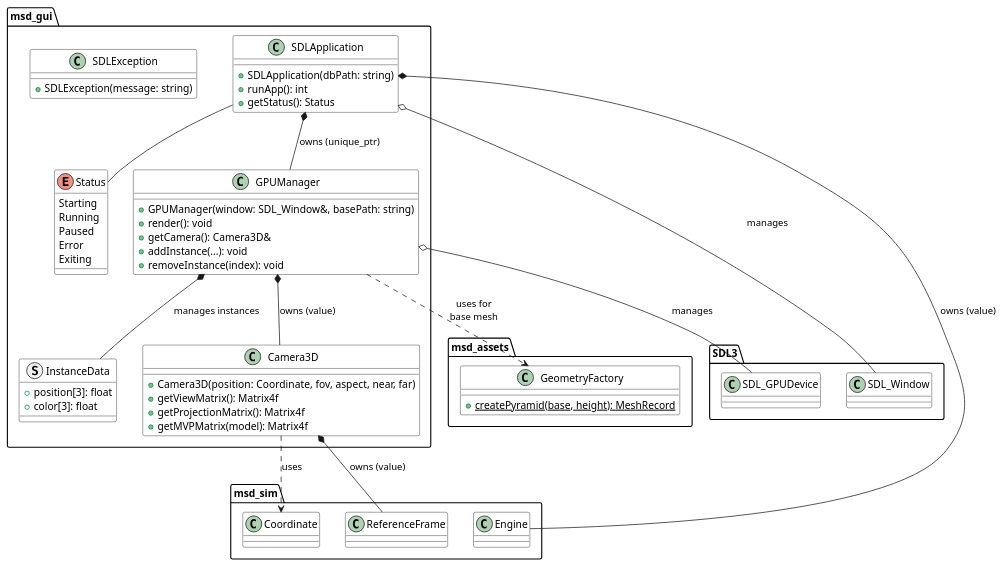
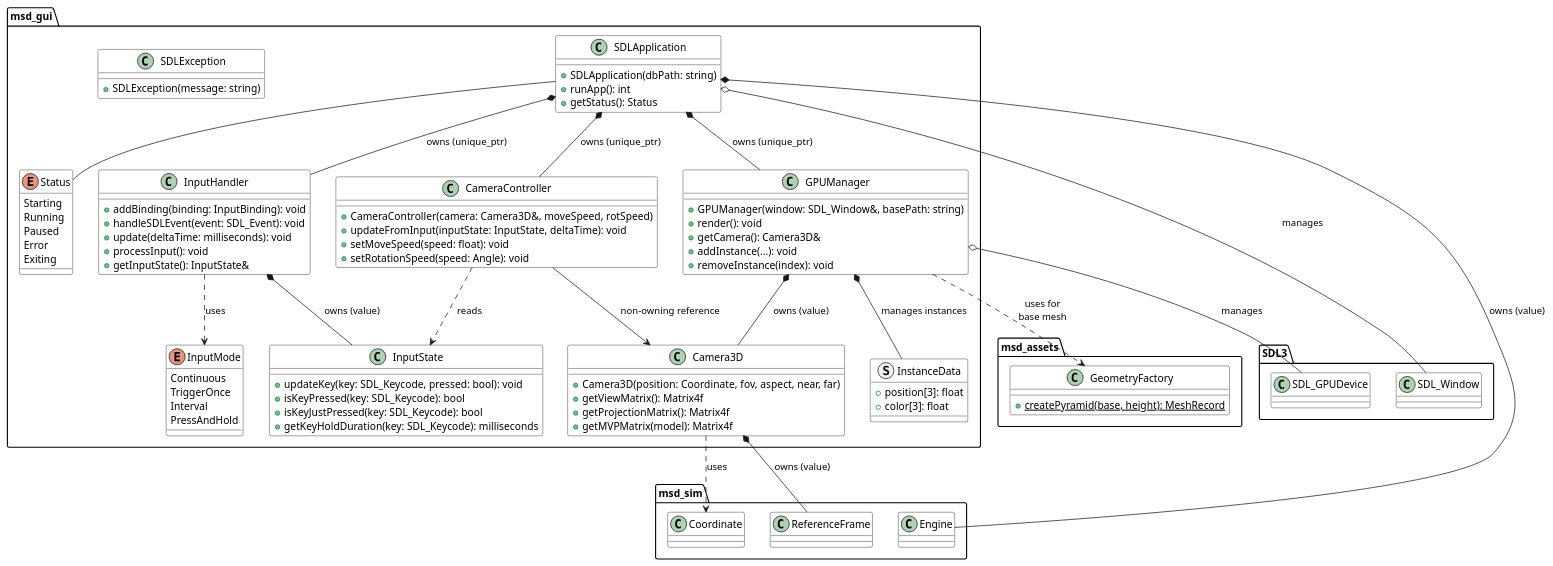
Before and after one commit to danielnewman09/MSD-CPP: the diagram in docs/msd/msd-gui/msd-gui-core.puml, drawn with PlantUML. The commit also changed 41 other files, not shown here.

Commit message:
updated key input management

```diff
--- a/docs/msd/msd-gui/msd-gui-core.puml
+++ b/docs/msd/msd-gui/msd-gui-core.puml
@@ -1,109 +1,147 @@
-@startuml
+@startuml msd-gui-core
 ' =============================================================================
 ' Feature: msd-gui - Core Architecture Overview
 ' Description: High-level component structure and relationships
-' Date: 2026-01-01
+' Date: 2026-01-05
 ' =============================================================================
 
 ' -----------------------------------------------------------------------------
 ' Styling
 ' -----------------------------------------------------------------------------
 skinparam class {
     BackgroundColor White
     BorderColor Black
 }
 
 skinparam note {
     BackgroundColor #FFFFCC
     BorderColor #999999
 }
 
 ' -----------------------------------------------------------------------------
 ' Core Components
 ' -----------------------------------------------------------------------------
 package "msd_gui" {
 
     ' Application Layer
     class SDLApplication {
         +SDLApplication(dbPath: string)
         +runApp(): int
         +getStatus(): Status
     }
 
     enum Status {
         Starting
         Running
         Paused
         Error
         Exiting
     }
 
     ' GPU Management Layer
     class GPUManager {
         +GPUManager(window: SDL_Window&, basePath: string)
         +render(): void
         +getCamera(): Camera3D&
         +addInstance(...): void
         +removeInstance(index): void
     }
 
     struct InstanceData {
         +position[3]: float
         +color[3]: float
     }
 
     ' Camera System
     class Camera3D {
         +Camera3D(position: Coordinate, fov, aspect, near, far)
         +getViewMatrix(): Matrix4f
         +getProjectionMatrix(): Matrix4f
         +getMVPMatrix(model): Matrix4f
     }
 
+    ' Input Management Layer
+    class InputHandler {
+        +addBinding(binding: InputBinding): void
+        +handleSDLEvent(event: SDL_Event): void
+        +update(deltaTime: milliseconds): void
+        +processInput(): void
+        +getInputState(): InputState&
+    }
+
+    class InputState {
+        +updateKey(key: SDL_Keycode, pressed: bool): void
+        +isKeyPressed(key: SDL_Keycode): bool
+        +isKeyJustPressed(key: SDL_Keycode): bool
+        +getKeyHoldDuration(key: SDL_Keycode): milliseconds
+    }
+
+    enum InputMode {
+        Continuous
+        TriggerOnce
+        Interval
+        PressAndHold
+    }
+
+    class CameraController {
+        +CameraController(camera: Camera3D&, moveSpeed, rotSpeed)
+        +updateFromInput(inputState: InputState, deltaTime): void
+        +setMoveSpeed(speed: float): void
+        +setRotationSpeed(speed: Angle): void
+    }
+
     ' Utilities
     class SDLException {
         +SDLException(message: string)
     }
 }
 
 ' External dependencies
 package "msd_sim" {
     class Engine
     class ReferenceFrame
     class Coordinate
 }
 
 package "msd_assets" {
     class GeometryFactory {
         {static} +createPyramid(base, height): MeshRecord
     }
 }
 
 package "SDL3" {
     class SDL_Window
     class SDL_GPUDevice
 }
 
 ' -----------------------------------------------------------------------------
 ' Relationships
 ' -----------------------------------------------------------------------------
 
-' SDLApplication owns GPUManager and Engine
+' SDLApplication owns GPUManager, Engine, InputHandler, CameraController
 SDLApplication *-- GPUManager : owns (unique_ptr)
 SDLApplication *-- Engine : owns (value)
+SDLApplication *-- InputHandler : owns (unique_ptr)
+SDLApplication *-- CameraController : owns (unique_ptr)
 SDLApplication o-- SDL_Window : manages
 
 ' GPUManager owns Camera3D and GPU resources
 GPUManager *-- Camera3D : owns (value)
 GPUManager *-- InstanceData : manages instances
 GPUManager o-- SDL_GPUDevice : manages
 GPUManager ..> GeometryFactory : uses for\nbase mesh
+
+' Input management relationships
+InputHandler *-- InputState : owns (value)
+InputHandler ..> InputMode : uses
+CameraController --> Camera3D : non-owning reference
+CameraController ..> InputState : reads
 
 ' Camera3D uses ReferenceFrame
 Camera3D *-- ReferenceFrame : owns (value)
 Camera3D ..> Coordinate : uses
 
 ' Status enum
 SDLApplication -- Status
 
 @enduml
```
